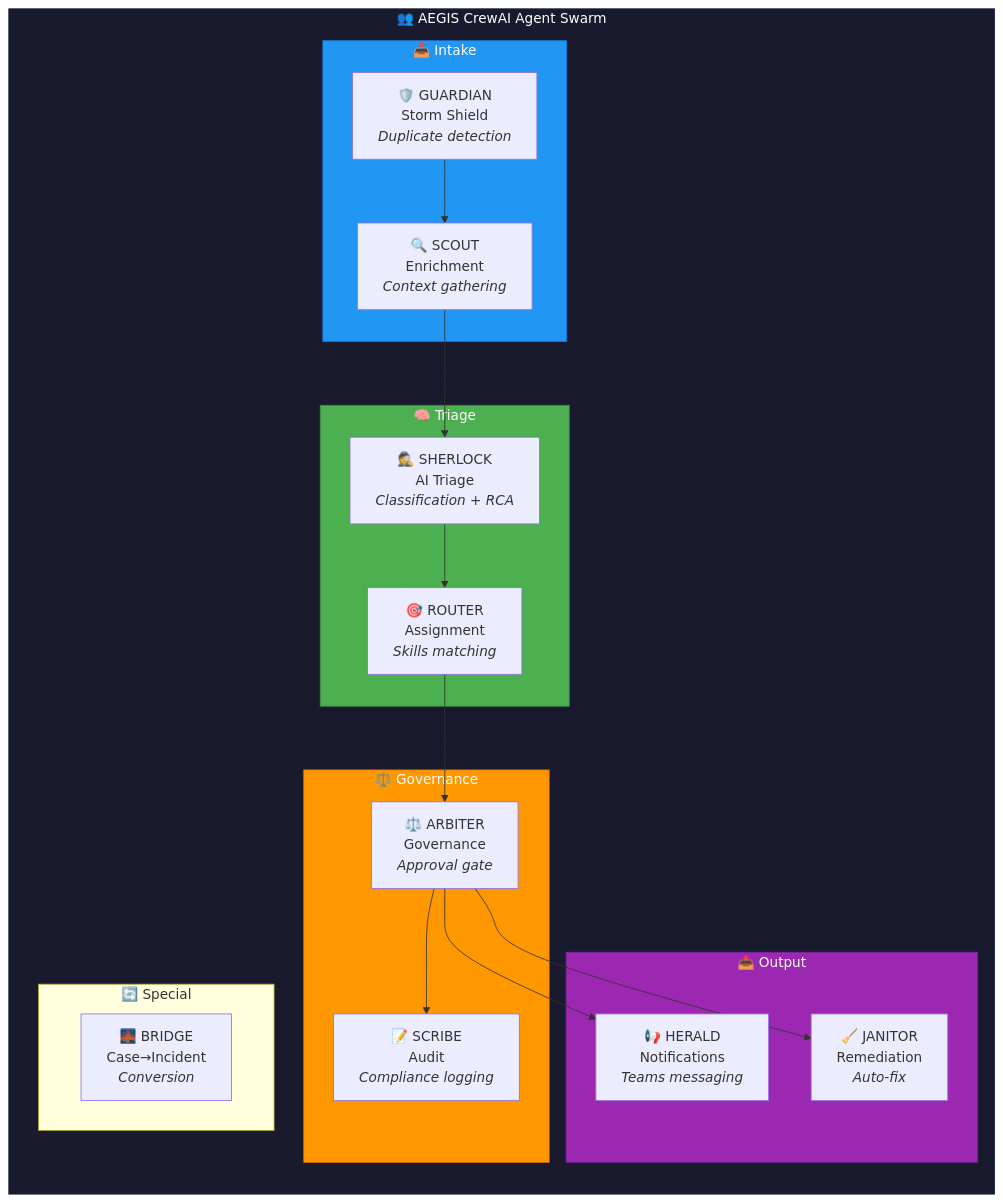
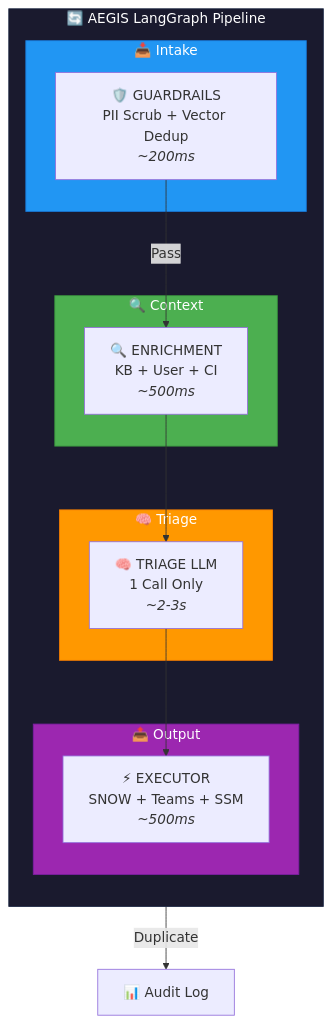
The third of 7 diagrams in docs/architecture-diagrams.md (maniltns/AEGIS), drawn with Mermaid before and after one commit. The commit also changed other lines of this file and 6 other files, not shown here.

````diff
--- a/docs/architecture-diagrams.md
+++ b/docs/architecture-diagrams.md
@@ -136,41 +120,31 @@
 ```mermaid
 graph TB
-    subgraph SWARM["👥 AEGIS CrewAI Agent Swarm"]
+    subgraph PIPELINE["🔄 AEGIS LangGraph Pipeline"]
         direction TB
         
         subgraph INTAKE["📥 Intake"]
-            GUARDIAN["🛡️ GUARDIAN<br/>Storm Shield<br/><i>Duplicate detection</i>"]
-            SCOUT["🔍 SCOUT<br/>Enrichment<br/><i>Context gathering</i>"]
+            N1["🛡️ GUARDRAILS<br/>PII Scrub + Vector Dedup<br/><i>~200ms</i>"]
+        end
+        
+        subgraph CONTEXT["🔍 Context"]
+            N2["🔍 ENRICHMENT<br/>KB + User + CI<br/><i>~500ms</i>"]
         end
         
         subgraph TRIAGE["🧠 Triage"]
-            SHERLOCK["🕵️ SHERLOCK<br/>AI Triage<br/><i>Classification + RCA</i>"]
-            ROUTER["🎯 ROUTER<br/>Assignment<br/><i>Skills matching</i>"]
-        end
-        
-        subgraph GOVERNANCE["⚖️ Governance"]
-            ARBITER["⚖️ ARBITER<br/>Governance<br/><i>Approval gate</i>"]
-            SCRIBE["📝 SCRIBE<br/>Audit<br/><i>Compliance logging</i>"]
+            N3["🧠 TRIAGE LLM<br/>1 Call Only<br/><i>~2-3s</i>"]
         end
         
         subgraph OUTPUT["📤 Output"]
-            HERALD["📢 HERALD<br/>Notifications<br/><i>Teams messaging</i>"]
-            JANITOR["🧹 JANITOR<br/>Remediation<br/><i>Auto-fix</i>"]
-        end
-        
-        subgraph SPECIAL["🔄 Special"]
-            BRIDGE["🌉 BRIDGE<br/>Case→Incident<br/><i>Conversion</i>"]
+            N4["⚡ EXECUTOR<br/>SNOW + Teams + SSM<br/><i>~500ms</i>"]
         end
     end
     
-    GUARDIAN --> SCOUT --> SHERLOCK --> ROUTER --> ARBITER
-    ARBITER --> HERALD
-    ARBITER --> JANITOR
-    ARBITER --> SCRIBE
+    N1 -->|Pass| N2 --> N3 --> N4
+    N1 -->|Duplicate| AUDIT["📊 Audit Log"]
     
-    style SWARM fill:#1a1a2e,stroke:#16213e,color:#fff
+    style PIPELINE fill:#1a1a2e,stroke:#16213e,color:#fff
     style INTAKE fill:#2196f3,stroke:#1976d2,color:#fff
-    style TRIAGE fill:#4caf50,stroke:#388e3c,color:#fff
-    style GOVERNANCE fill:#ff9800,stroke:#f57c00,color:#fff
+    style CONTEXT fill:#4caf50,stroke:#388e3c,color:#fff
+    style TRIAGE fill:#ff9800,stroke:#f57c00,color:#fff
     style OUTPUT fill:#9c27b0,stroke:#7b1fa2,color:#fff
 ```
````
